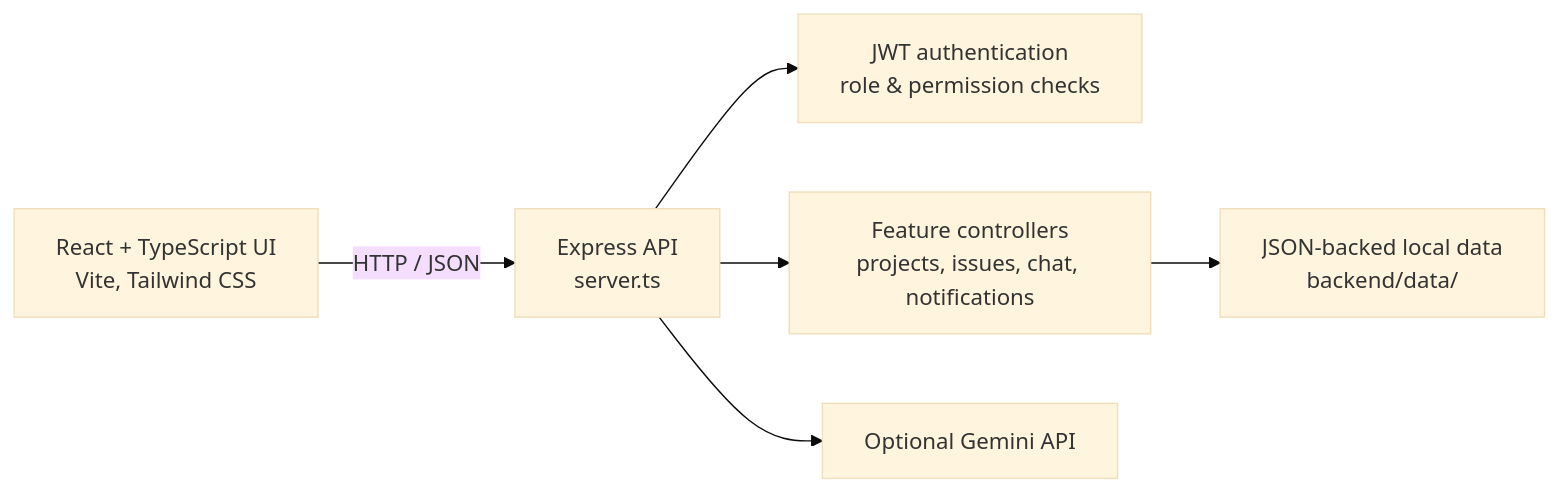
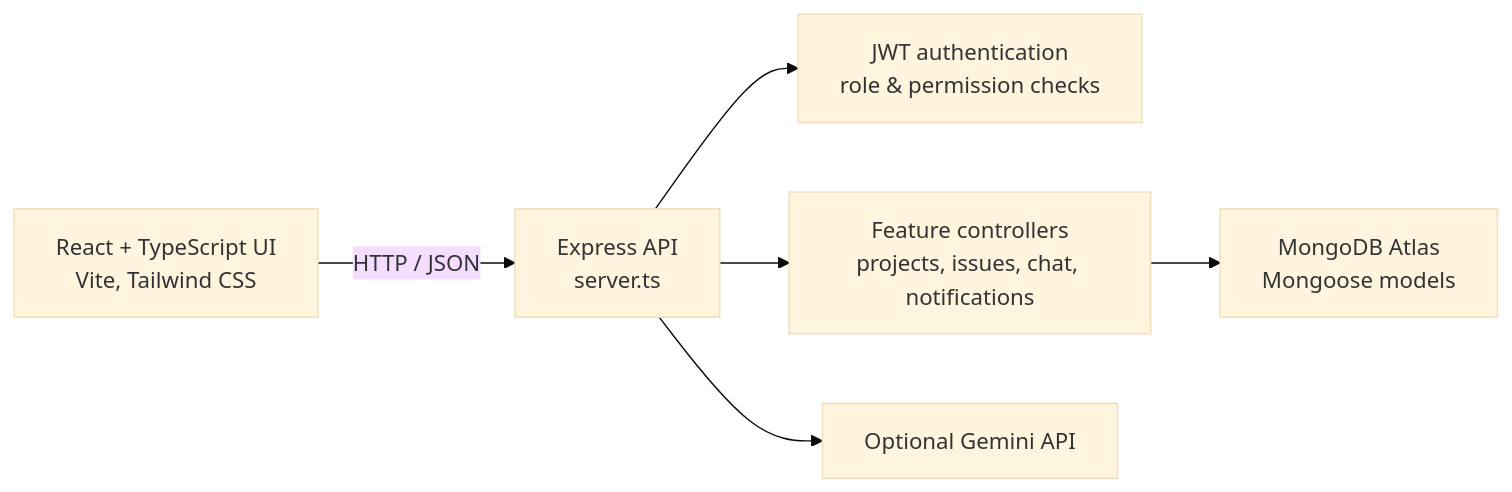
One commit to junaidr04/PulseDev changed the diagram in README.md. Above: the diagram before and after it, drawn with Mermaid (base theme). The commit also changed other lines of this file and 14 other files, not shown here.

Commit message:
Migrate persistence to MongoDB with Mongoose

````diff
--- a/README.md
+++ b/README.md
@@ -83,8 +83,8 @@
 ```mermaid
 flowchart LR
     Browser["React + TypeScript UI<br/>Vite, Tailwind CSS"] -->|HTTP / JSON| Express["Express API<br/>server.ts"]
     Express --> Auth["JWT authentication<br/>role & permission checks"]
     Express --> Controllers["Feature controllers<br/>projects, issues, chat, notifications"]
-    Controllers --> Store["JSON-backed local data<br/>backend/data/"]
+    Controllers --> Store["MongoDB Atlas<br/>Mongoose models"]
     Express --> AI["Optional Gemini API"]
 ```
````
